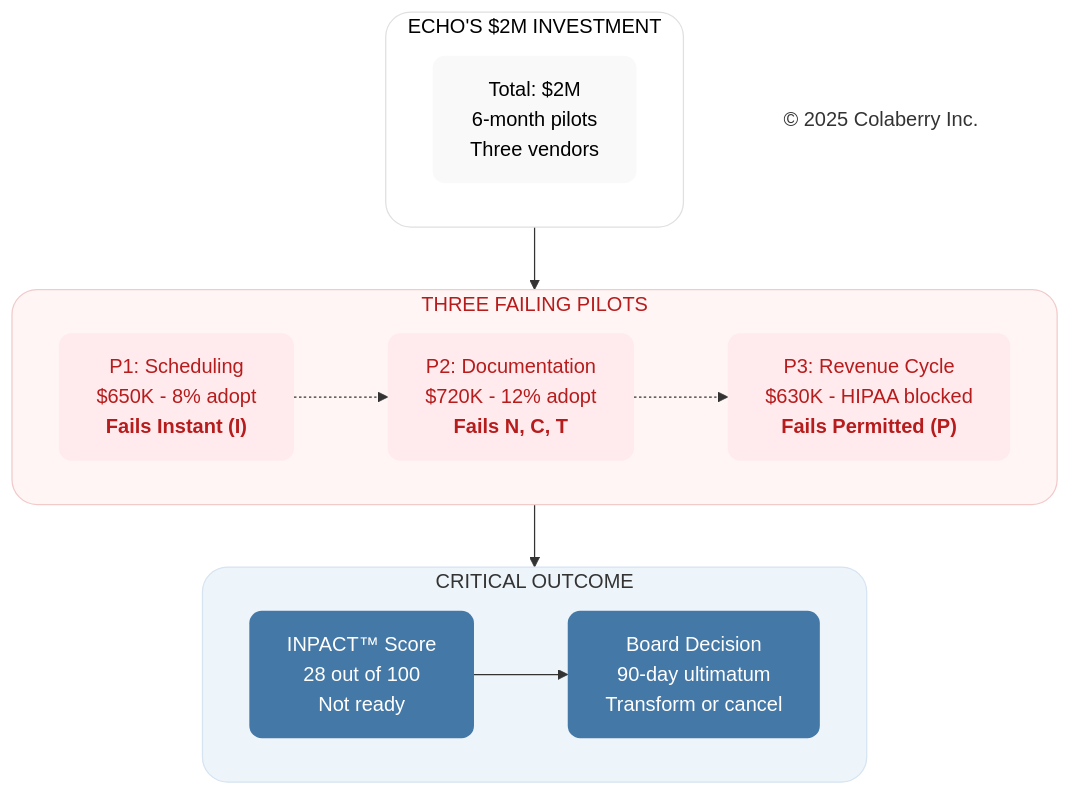
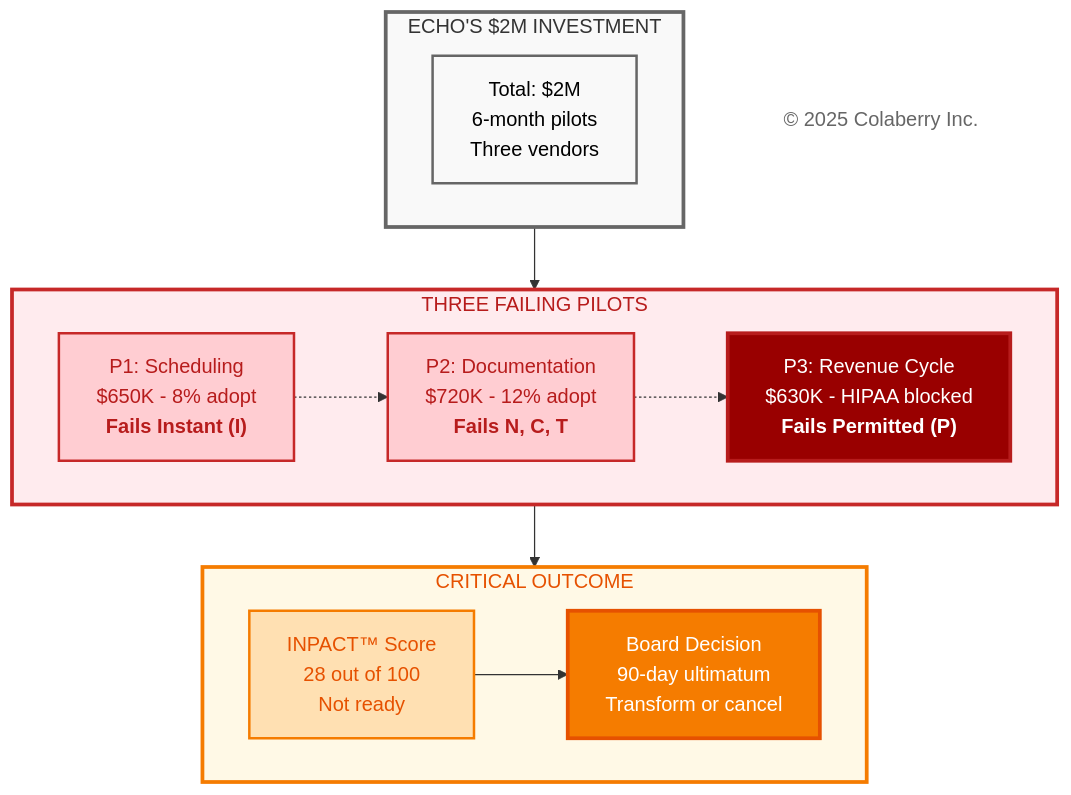
One commit to saitejesh-cyber/trust-before-intelligence-book changed the sixth of 6 diagrams in manuscript/02_chapter_1_why_agents_fail.md. Above: the diagram before and after it, drawn with Mermaid. The commit also changed other lines of this file and 12 other files, not shown here.

Commit message:
Restore legacy Mermaid styles for Option 1

````diff
--- a/manuscript/02_chapter_1_why_agents_fail.md
+++ b/manuscript/02_chapter_1_why_agents_fail.md
@@ -626,41 +626,44 @@
 ```mermaid
 
 graph TB
     subgraph investment["ECHO'S $2M INVESTMENT"]
         TOTAL["Total: $2M<br/>6-month pilots<br/>Three vendors"]
     end
     
     subgraph pilots["THREE FAILING PILOTS"]
         P1["P1: Scheduling<br/>$650K - 8% adopt<br/><b>Fails Instant (I)</b>"]
         
         P2["P2: Documentation<br/>$720K - 12% adopt<br/><b>Fails N, C, T</b>"]
         
         P3["P3: Revenue Cycle<br/>$630K - HIPAA blocked<br/><b>Fails Permitted (P)</b>"]
         
         P1 -.-> P2 -.-> P3
     end
     
     subgraph outcome["CRITICAL OUTCOME"]
         SCORE["INPACT™ Score<br/>28 out of 100<br/>Not ready"]
         
         DECISION["Board Decision<br/>90-day ultimatum<br/>Transform or cancel"]
         
         SCORE --> DECISION
     end
     
     investment --> pilots --> outcome
     
     Copyright["© 2025 Colaberry Inc."]
     
-    style investment fill:#ffffff,stroke:#e0e0e0,stroke-width:1px,color:#000000,rx:20,ry:20
-    style TOTAL fill:#f9f9f9,stroke:none,color:#000000,rx:10,ry:10
-    style pilots fill:#fff5f5,stroke:#f2caca,stroke-width:1px,color:#b71c1c,rx:20,ry:20
-    style P1 fill:#ffebee,stroke:none,color:#b71c1c,rx:10,ry:10
-    style P2 fill:#ffebee,stroke:none,color:#b71c1c,rx:10,ry:10
-    style P3 fill:#ffebee,stroke:none,color:#b71c1c,rx:10,ry:10
-    style outcome fill:#edf4fa,stroke:#d6e4f2,stroke-width:1px,color:#333333,rx:20,ry:20
-    style SCORE fill:#4478A6,stroke:none,color:#ffffff,rx:10,ry:10
-    style DECISION fill:#4478A6,stroke:none,color:#ffffff,rx:10,ry:10
-    style Copyright fill:none,stroke:none,color:#333333
+    style investment fill:#f9f9f9,stroke:#666666,stroke-width:3px,color:#333333
+    style TOTAL fill:#f9f9f9,stroke:#666666,stroke-width:2px,color:#000000
+    
+    style pilots fill:#ffebee,stroke:#c62828,stroke-width:3px,color:#b71c1c
+    style P1 fill:#ffcdd2,stroke:#c62828,stroke-width:2px,color:#b71c1c
+    style P2 fill:#ffcdd2,stroke:#c62828,stroke-width:2px,color:#b71c1c
+    style P3 fill:#990000,stroke:#b71c1c,stroke-width:3px,color:#ffffff
+    
+    style outcome fill:#fff9e6,stroke:#f57c00,stroke-width:3px,color:#e65100
+    style SCORE fill:#ffe0b2,stroke:#f57c00,stroke-width:2px,color:#e65100
+    style DECISION fill:#f57c00,stroke:#e65100,stroke-width:3px,color:#ffffff
+    
+    style Copyright fill:#ffffff,stroke:none,color:#666666
 
 ```
````
